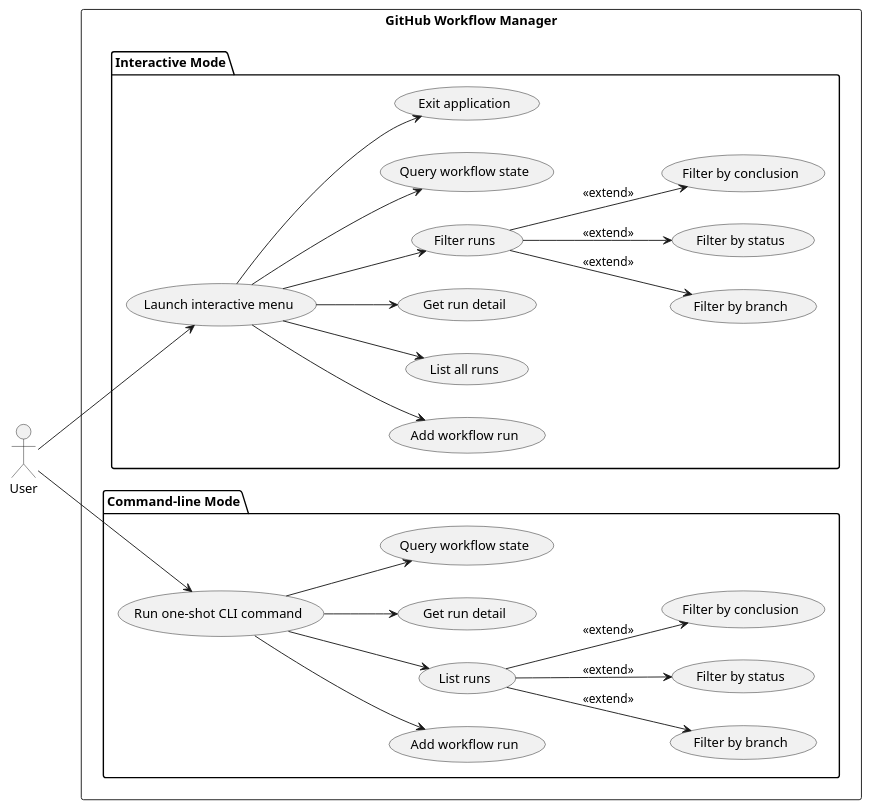
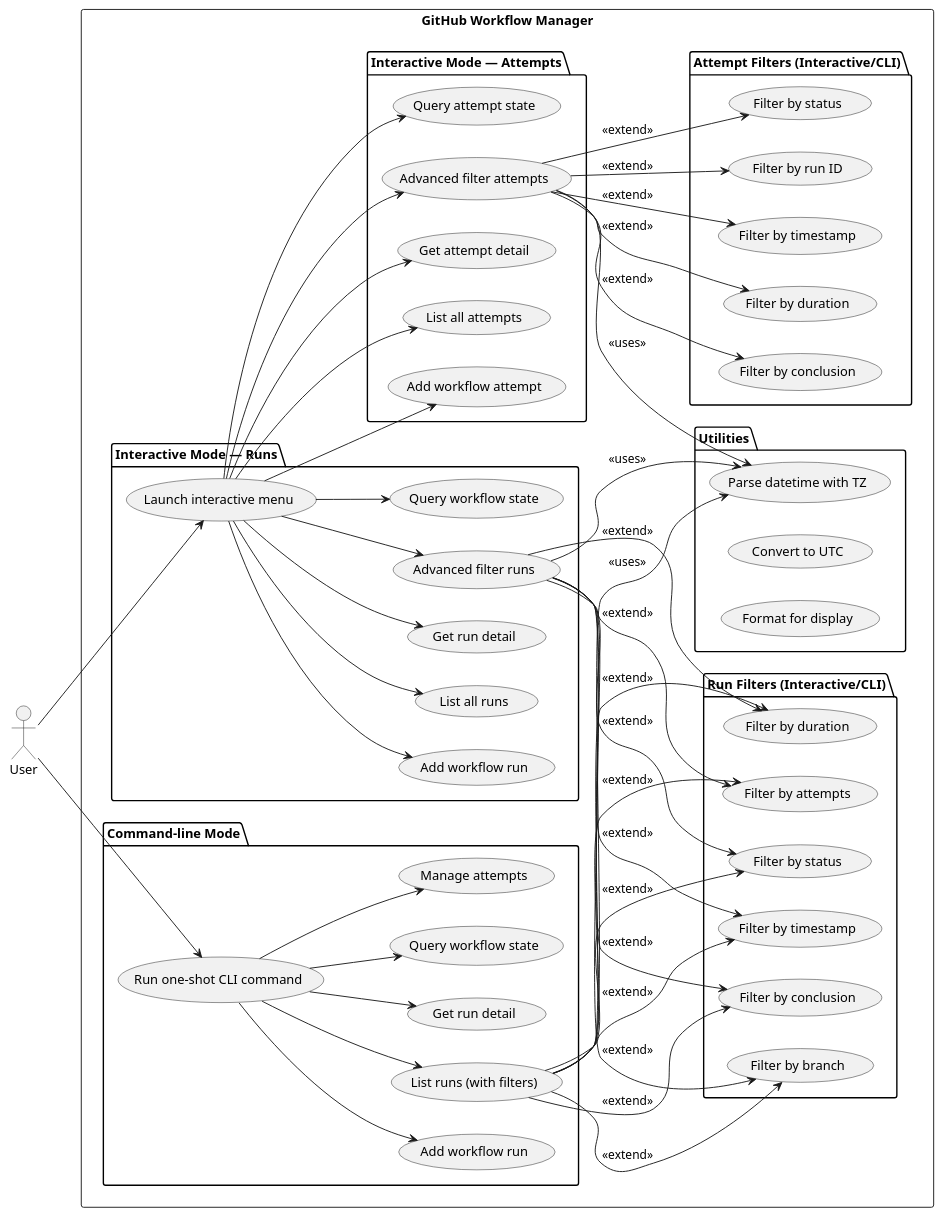
Before and after one commit to DanielRiha8906/Software_autoevolution_using_agents: the diagram in experiments/pipeline/structured_text/github-workflow-manager/artifacts/use_case_diagram.puml, drawn with PlantUML. The commit also changed 17 other files, not shown here.

```diff
--- a/experiments/pipeline/structured_text/github-workflow-manager/artifacts/use_case_diagram.puml
+++ b/experiments/pipeline/structured_text/github-workflow-manager/artifacts/use_case_diagram.puml
@@ -1,57 +1,104 @@
 @startuml use_case_diagram
 
 left to right direction
 
 actor User
 
 rectangle "GitHub Workflow Manager" {
 
-  package "Interactive Mode" {
+  package "Interactive Mode — Runs" {
     usecase "Launch interactive menu"  as UI
     usecase "Add workflow run"         as I_ADD
     usecase "List all runs"            as I_LIST
     usecase "Get run detail"           as I_DETAIL
-    usecase "Filter runs"              as I_FILTER
-    usecase "Filter by branch"         as I_FBRANCH
-    usecase "Filter by status"         as I_FSTATUS
-    usecase "Filter by conclusion"     as I_FCONCL
+    usecase "Advanced filter runs"     as I_FILTER
     usecase "Query workflow state"     as I_QUERY
-    usecase "Exit application"         as I_EXIT
+  }
+
+  package "Interactive Mode — Attempts" {
+    usecase "Add workflow attempt"     as I_AADD
+    usecase "List all attempts"        as I_ALIST
+    usecase "Get attempt detail"       as I_ADETAIL
+    usecase "Advanced filter attempts" as I_AFILTER
+    usecase "Query attempt state"      as I_AQUERY
+  }
+
+  package "Run Filters (Interactive/CLI)" {
+    usecase "Filter by branch"         as FBRANCH
+    usecase "Filter by status"         as FSTATUS
+    usecase "Filter by conclusion"     as FCONCL
+    usecase "Filter by duration"       as FDURATION
+    usecase "Filter by timestamp"      as FTIMESTAMP
+    usecase "Filter by attempts"       as FATTEMPTS
+  }
+
+  package "Attempt Filters (Interactive/CLI)" {
+    usecase "Filter by run ID"         as AFRUN
+    usecase "Filter by status"         as AFSTATUS
+    usecase "Filter by conclusion"     as AFCONCL
+    usecase "Filter by duration"       as AFDURATION
+    usecase "Filter by timestamp"      as AFTIMESTAMP
+  }
+
+  package "Utilities" {
+    usecase "Parse datetime with TZ"   as TZPARSE
+    usecase "Convert to UTC"           as TZKOTC
+    usecase "Format for display"       as TZFMT
   }
 
   package "Command-line Mode" {
     usecase "Run one-shot CLI command" as CLI
     usecase "Add workflow run"         as C_ADD
-    usecase "List runs"                as C_LIST
-    usecase "Filter by branch"         as C_FBRANCH
-    usecase "Filter by status"         as C_FSTATUS
-    usecase "Filter by conclusion"     as C_FCONCL
+    usecase "List runs (with filters)" as C_LIST
     usecase "Get run detail"           as C_DETAIL
     usecase "Query workflow state"     as C_QUERY
+    usecase "Manage attempts"          as C_ATTEMPT
   }
 }
 
 User --> UI
 User --> CLI
 
 UI --> I_ADD
 UI --> I_LIST
 UI --> I_DETAIL
 UI --> I_FILTER
 UI --> I_QUERY
-UI --> I_EXIT
+UI --> I_AADD
+UI --> I_ALIST
+UI --> I_ADETAIL
+UI --> I_AFILTER
+UI --> I_AQUERY
 
-I_FILTER --> I_FBRANCH  : <<extend>>
-I_FILTER --> I_FSTATUS  : <<extend>>
-I_FILTER --> I_FCONCL   : <<extend>>
+I_FILTER --> FBRANCH  : <<extend>>
+I_FILTER --> FSTATUS  : <<extend>>
+I_FILTER --> FCONCL   : <<extend>>
+I_FILTER --> FDURATION : <<extend>>
+I_FILTER --> FTIMESTAMP : <<extend>>
+I_FILTER --> FATTEMPTS : <<extend>>
+
+I_AFILTER --> AFRUN : <<extend>>
+I_AFILTER --> AFSTATUS : <<extend>>
+I_AFILTER --> AFCONCL : <<extend>>
+I_AFILTER --> AFDURATION : <<extend>>
+I_AFILTER --> AFTIMESTAMP : <<extend>>
+
+I_FILTER --> TZPARSE : <<uses>>
+I_AFILTER --> TZPARSE : <<uses>>
 
 CLI --> C_ADD
 CLI --> C_LIST
 CLI --> C_DETAIL
 CLI --> C_QUERY
+CLI --> C_ATTEMPT
 
-C_LIST --> C_FBRANCH  : <<extend>>
-C_LIST --> C_FSTATUS  : <<extend>>
-C_LIST --> C_FCONCL   : <<extend>>
+C_LIST --> FBRANCH : <<extend>>
+C_LIST --> FSTATUS : <<extend>>
+C_LIST --> FCONCL : <<extend>>
+C_LIST --> FDURATION : <<extend>>
+C_LIST --> FTIMESTAMP : <<extend>>
+C_LIST --> FATTEMPTS : <<extend>>
+
+C_LIST --> TZPARSE : <<uses>>
 
 @enduml
```
